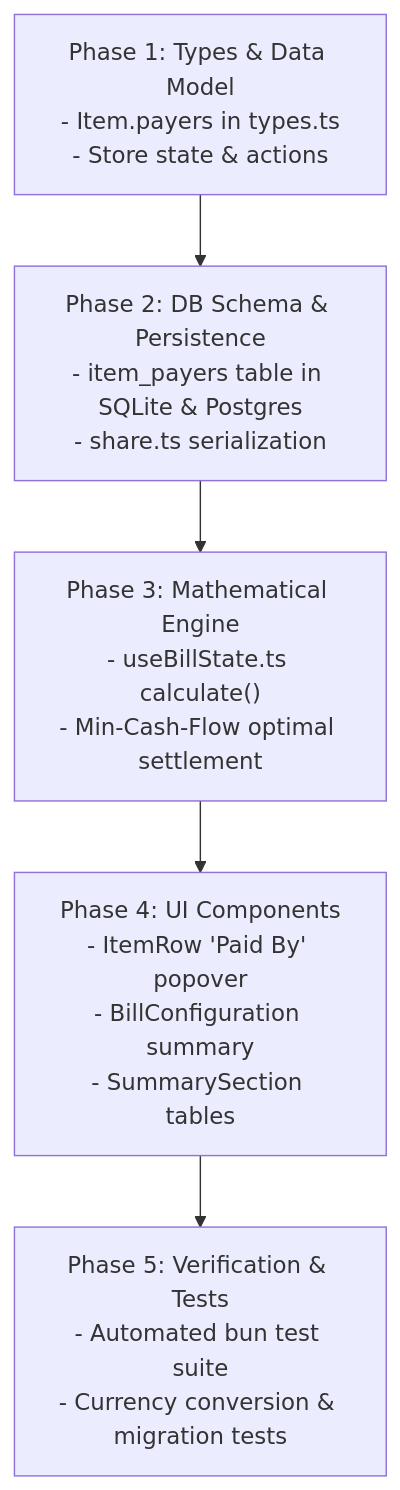
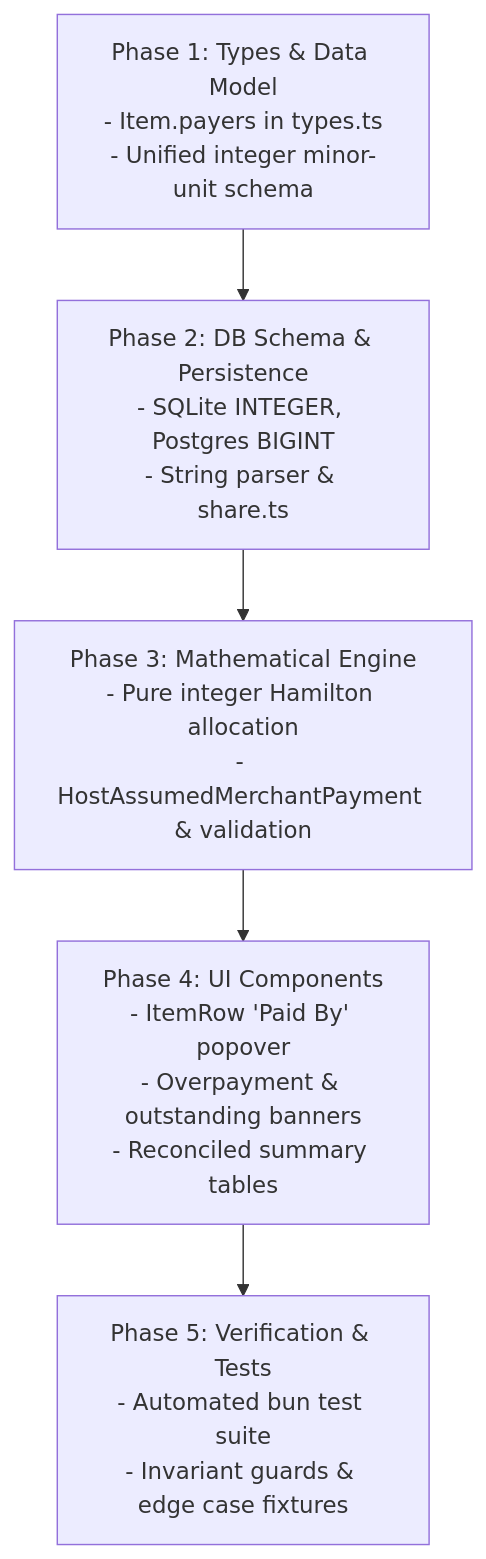
The diagram in MULTIPLE_PAYERS_PLAN.md (mudoker/bill-split), drawn with Mermaid before and after one commit. The commit also changed other lines of this file, not shown here.

Commit message:
docs(plan): address formal review flaws, host coverage proof, merchant payment taxonomy, and integer guards

````diff
--- a/MULTIPLE_PAYERS_PLAN.md
+++ b/MULTIPLE_PAYERS_PLAN.md
@@ -609,7 +719,7 @@
 ```mermaid
 flowchart TD
-    P1["Phase 1: Types & Data Model\n- Item.payers in types.ts\n- Store state & actions"] --> P2["Phase 2: DB Schema & Persistence\n- item_payers table in SQLite & Postgres\n- share.ts serialization"]
-    P2 --> P3["Phase 3: Mathematical Engine\n- useBillState.ts calculate()\n- Min-Cash-Flow optimal settlement"]
-    P3 --> P4["Phase 4: UI Components\n- ItemRow 'Paid By' popover\n- BillConfiguration summary\n- SummarySection tables"]
-    P4 --> P5["Phase 5: Verification & Tests\n- Automated bun test suite\n- Currency conversion & migration tests"]
+    P1["Phase 1: Types & Data Model\n- Item.payers in types.ts\n- Unified integer minor-unit schema"] --> P2["Phase 2: DB Schema & Persistence\n- SQLite INTEGER, Postgres BIGINT\n- String parser & share.ts"]
+    P2 --> P3["Phase 3: Mathematical Engine\n- Pure integer Hamilton allocation\n- HostAssumedMerchantPayment & validation"]
+    P3 --> P4["Phase 4: UI Components\n- ItemRow 'Paid By' popover\n- Overpayment & outstanding banners\n- Reconciled summary tables"]
+    P4 --> P5["Phase 5: Verification & Tests\n- Automated bun test suite\n- Invariant guards & edge case fixtures"]
 ```
````
